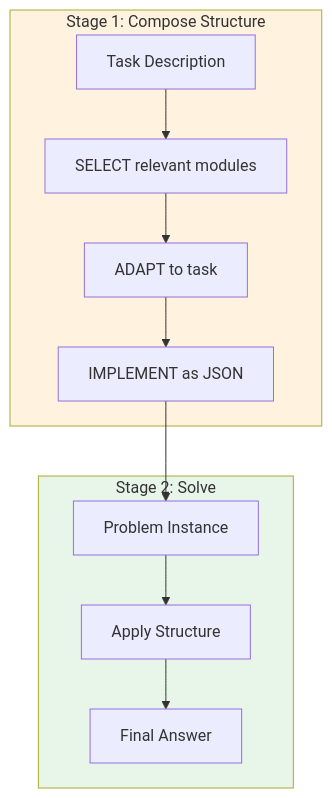
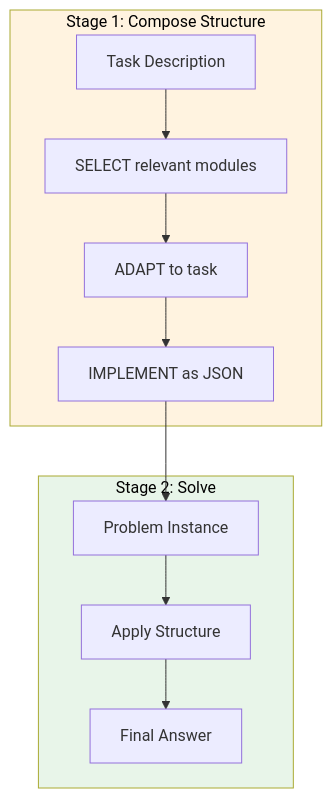
The fourth of 8 diagrams in content/generative-ai/2-genai-research/5_genai_prompting.md (gel/gel.github.io), drawn with Mermaid before and after one commit. The commit also changed other lines of this file and 9 other files, not shown here.

Commit message:
feat: Add 'Ralph Wiggum Loop' trick and enhance Mermaid diagram rendering for improved theme compatibility.

````diff
--- a/content/generative-ai/2-genai-research/5_genai_prompting.md
+++ b/content/generative-ai/2-genai-research/5_genai_prompting.md
@@ -99,18 +99,18 @@
 ```mermaid
 flowchart TD
     subgraph Stage1["Stage 1: Compose Structure"]
         Task[Task Description] --> Select[SELECT relevant modules]
         Select --> Adapt[ADAPT to task]
         Adapt --> Implement[IMPLEMENT as JSON]
     end
 
     subgraph Stage2["Stage 2: Solve"]
         Instance[Problem Instance] --> Apply[Apply Structure]
         Apply --> Answer[Final Answer]
     end
 
     Implement --> Instance
 
-    style Stage1 fill:#fff3e0
-    style Stage2 fill:#e8f5e9
+    style Stage1 fill:#fff3e0,color:#000
+    style Stage2 fill:#e8f5e9,color:#000
 ```
````
